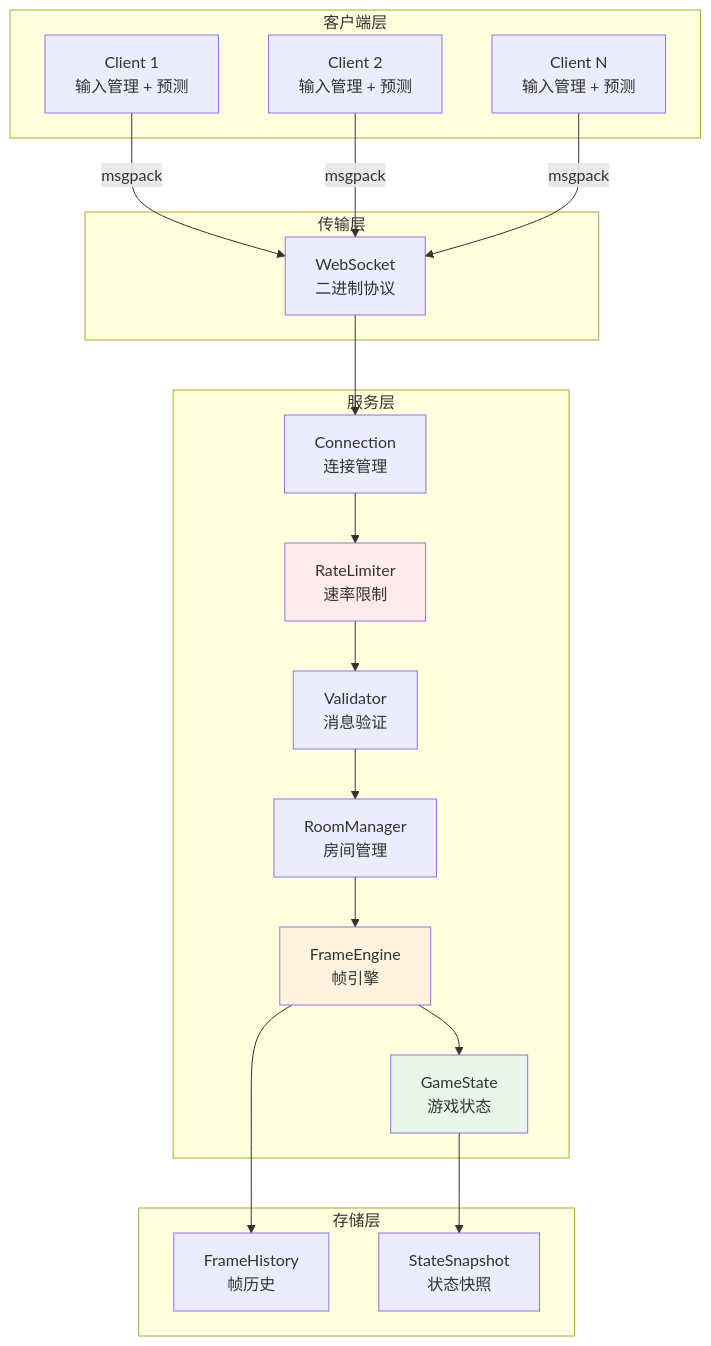
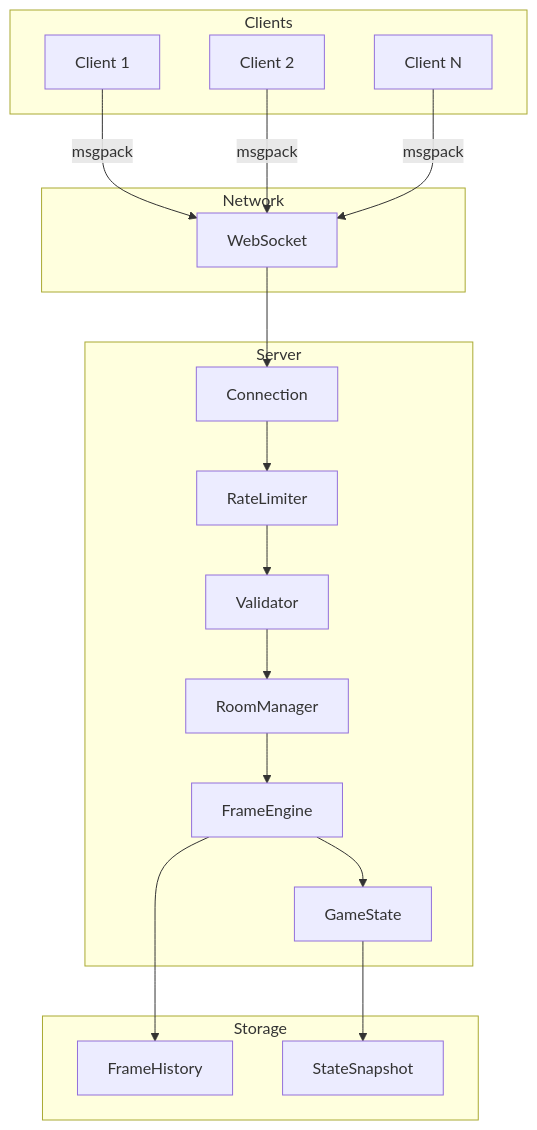
One commit to kongshan001/game-frame-sync changed the first of 3 diagrams in README.md. Above: the diagram before and after it, drawn with Mermaid. The commit also changed other lines of this file, not shown here.

````diff
--- a/README.md
+++ b/README.md
@@ -103,45 +39,40 @@
 ```mermaid
 graph TB
-    subgraph 客户端层
-        C1[Client 1<br/>输入管理 + 预测]
-        C2[Client 2<br/>输入管理 + 预测]
-        C3[Client N<br/>输入管理 + 预测]
+    subgraph Clients
+        C1[Client 1]
+        C2[Client 2]
+        C3[Client N]
     end
     
-    subgraph 传输层
-        WS[WebSocket<br/>二进制协议]
+    subgraph Network
+        WS[WebSocket]
     end
     
-    subgraph 服务层
-        GW[Connection<br/>连接管理]
-        RL[RateLimiter<br/>速率限制]
-        MV[Validator<br/>消息验证]
-        
-        RM[RoomManager<br/>房间管理]
-        FE[FrameEngine<br/>帧引擎]
-        GS[GameState<br/>游戏状态]
+    subgraph Server
+        GW[Connection]
+        RL[RateLimiter]
+        MV[Validator]
+        RM[RoomManager]
+        FE[FrameEngine]
+        GS[GameState]
     end
     
-    subgraph 存储层
-        FH[FrameHistory<br/>帧历史]
-        SS[StateSnapshot<br/>状态快照]
+    subgraph Storage
+        FH[FrameHistory]
+        SS[StateSnapshot]
     end
     
     C1 -->|msgpack| WS
     C2 -->|msgpack| WS
     C3 -->|msgpack| WS
     
     WS --> GW
     GW --> RL
     RL --> MV
     MV --> RM
     RM --> FE
     FE --> GS
     
     FE --> FH
     GS --> SS
-    
-    style FE fill:#fff3e0
-    style GS fill:#e8f5e9
-    style RL fill:#ffebee
 ```
````
